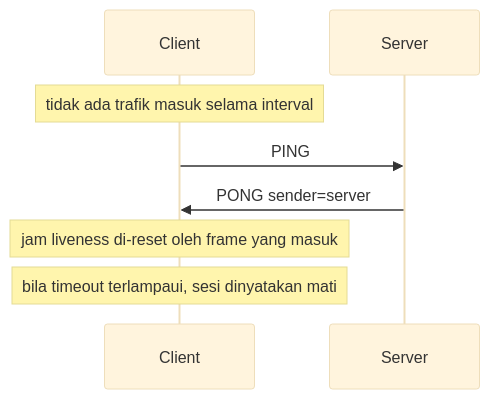
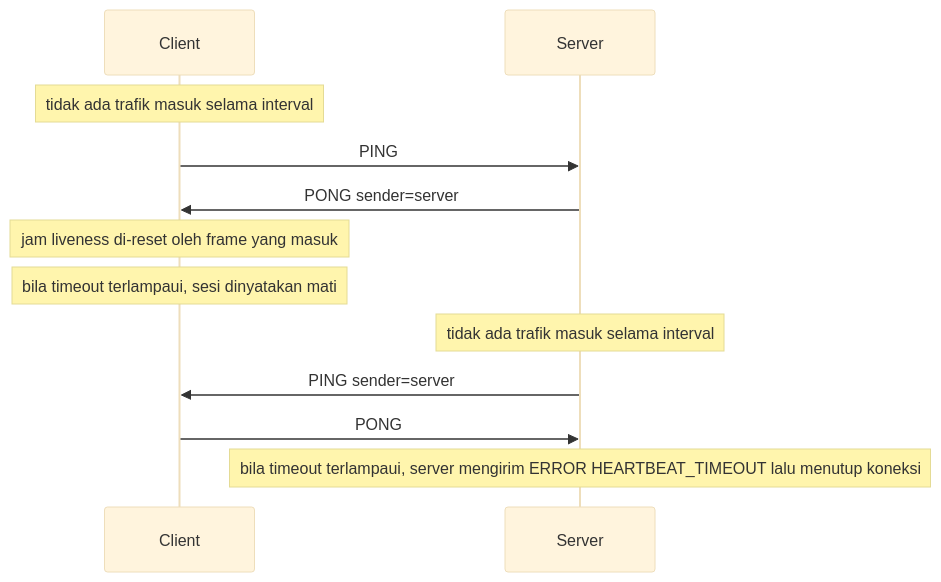
Diagram 12 of 12 in docs/PROTOCOL.md (jettapindika/jarkom-chatting-app), drawn with Mermaid (base theme) before and after one commit. The commit also changed other lines of this file and 15 other files, not shown here.

````diff
--- a/docs/PROTOCOL.md
+++ b/docs/PROTOCOL.md
@@ -440,11 +440,16 @@
 ```mermaid
 sequenceDiagram
     participant C as Client
     participant S as Server
 
     Note over C: tidak ada trafik masuk selama interval
     C->>S: PING
     S->>C: PONG sender=server
     Note over C: jam liveness di-reset oleh frame yang masuk
     Note over C: bila timeout terlampaui, sesi dinyatakan mati
+
+    Note over S: tidak ada trafik masuk selama interval
+    S->>C: PING sender=server
+    C->>S: PONG
+    Note over S: bila timeout terlampaui, server mengirim ERROR HEARTBEAT_TIMEOUT lalu menutup koneksi
 ```
````
